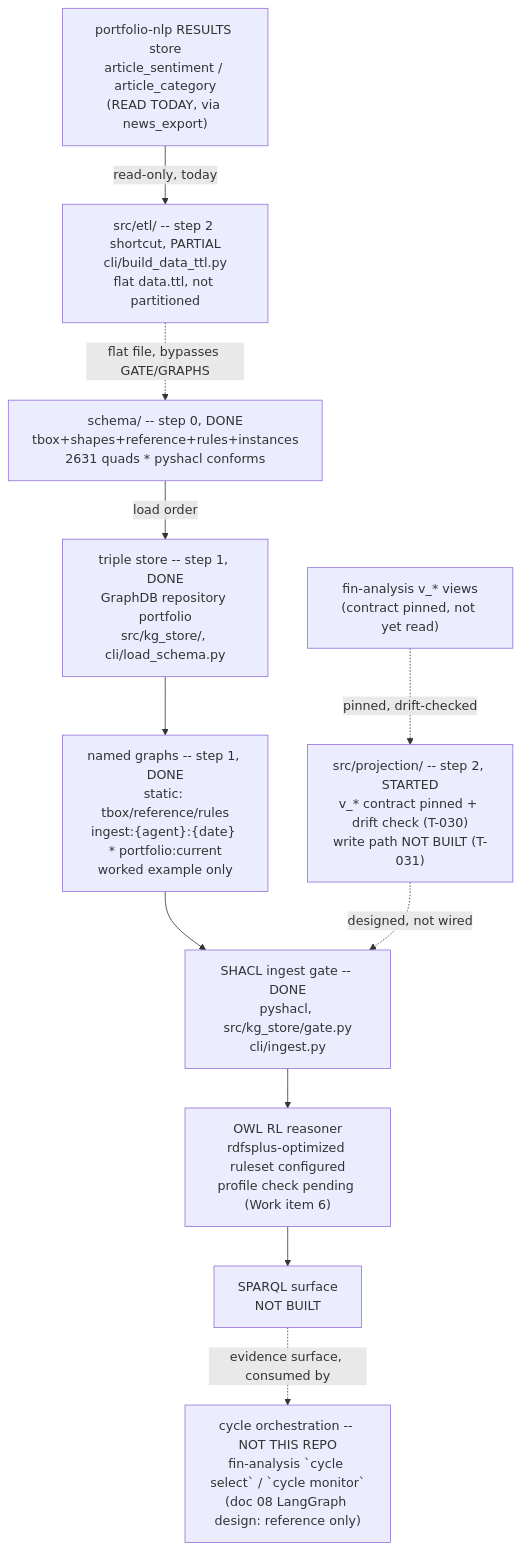
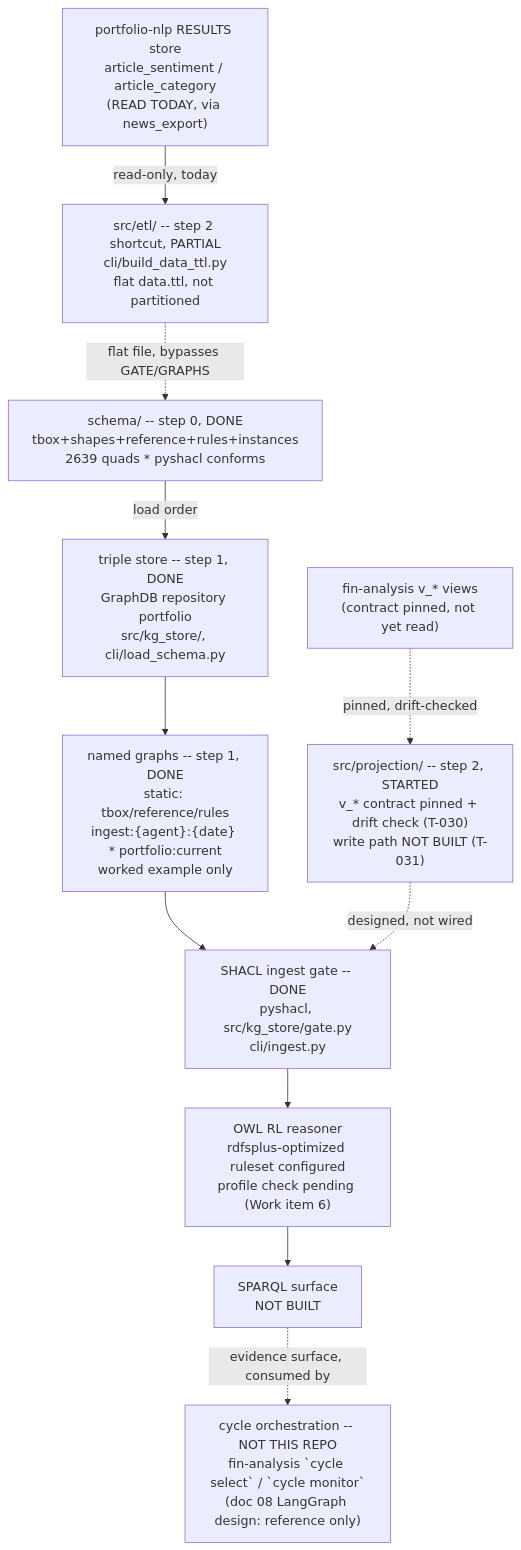
One commit to gamug/portfolio-knowledge-graph changed the diagram in .specify/memory/SPEC.md. Above: the diagram before and after it, drawn with Mermaid. The commit also changed other lines of this file and 9 other files, not shown here.

````diff
--- a/.specify/memory/SPEC.md
+++ b/.specify/memory/SPEC.md
@@ -718,22 +718,22 @@
 ```mermaid
 flowchart TB
-    SCHEMA["schema/ -- step 0, DONE<br/>tbox+shapes+reference+rules+instances<br/>2631 quads * pyshacl conforms"]
+    SCHEMA["schema/ -- step 0, DONE<br/>tbox+shapes+reference+rules+instances<br/>2639 quads * pyshacl conforms"]
     STORE["triple store -- step 1, DONE<br/>GraphDB repository portfolio<br/>src/kg_store/, cli/load_schema.py"]
     GRAPHS["named graphs -- step 1, DONE<br/>static: tbox/reference/rules<br/>ingest:{agent}:{date} * portfolio:current<br/>worked example only"]
     GATE["SHACL ingest gate -- DONE<br/>pyshacl, src/kg_store/gate.py<br/>cli/ingest.py"]
     PROJ["src/projection/ -- step 2, STARTED<br/>v_* contract pinned + drift check (T-030)<br/>write path NOT BUILT (T-031)"]
     FIN["fin-analysis v_* views<br/>(contract pinned, not yet read)"]
     NLPRES["portfolio-nlp RESULTS store<br/>article_sentiment / article_category<br/>(READ TODAY, via news_export)"]
     ETL["src/etl/ -- step 2 shortcut, PARTIAL<br/>cli/build_data_ttl.py<br/>flat data.ttl, not partitioned"]
     REASON["OWL RL reasoner<br/>rdfsplus-optimized ruleset configured<br/>profile check pending (Work item 6)"]
     SPARQL["SPARQL surface<br/>NOT BUILT"]
     AGENTS["cycle orchestration -- NOT THIS REPO<br/>fin-analysis `cycle select` / `cycle monitor`<br/>(doc 08 LangGraph design: reference only)"]
 
     SCHEMA -->|load order| STORE --> GRAPHS --> GATE
     FIN -.->|pinned, drift-checked| PROJ
     PROJ -.->|designed, not wired| GATE
     NLPRES -->|read-only, today| ETL
     ETL -.->|flat file, bypasses GATE/GRAPHS| SCHEMA
     GATE --> REASON --> SPARQL
     SPARQL -.->|evidence surface, consumed by| AGENTS
 ```
````
